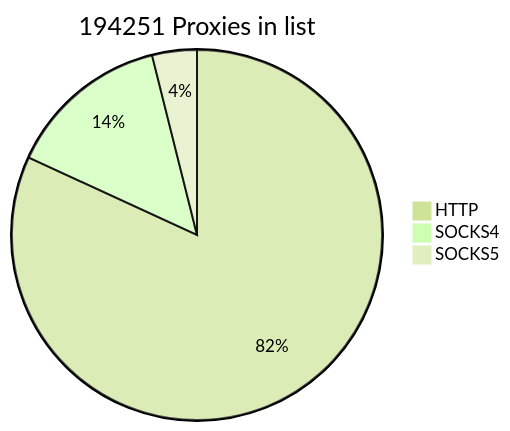
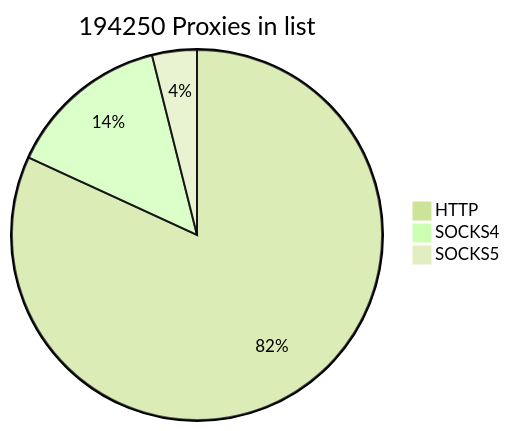
Before and after one commit to cutipu/proxylist: the first of 2 diagrams in README.md, drawn with Mermaid (forest theme). The commit also changed other lines of this file, not shown here.

````diff
--- a/README.md
+++ b/README.md
@@ -2,7 +2,7 @@
 ```mermaid
-pie title 194251 Proxies in list
-    "HTTP" : 159022
-    "SOCKS4" : 27643
-    "SOCKS5" : 7586
+pie title 194250 Proxies in list
+    "HTTP" : 159021
+    "SOCKS4" : 27642
+    "SOCKS5" : 7587
             
 ```
````
